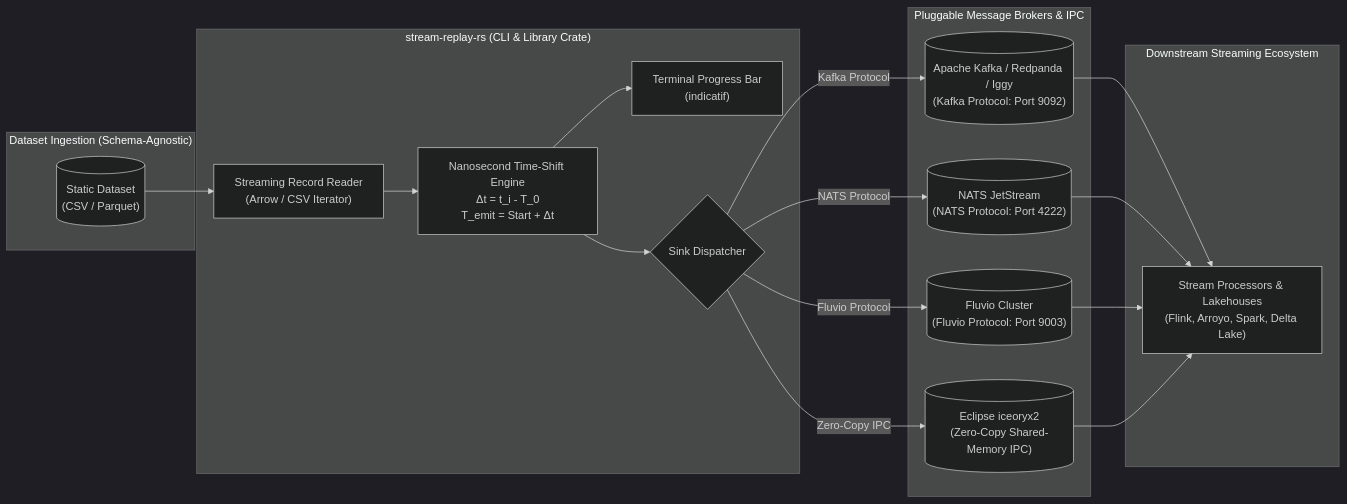
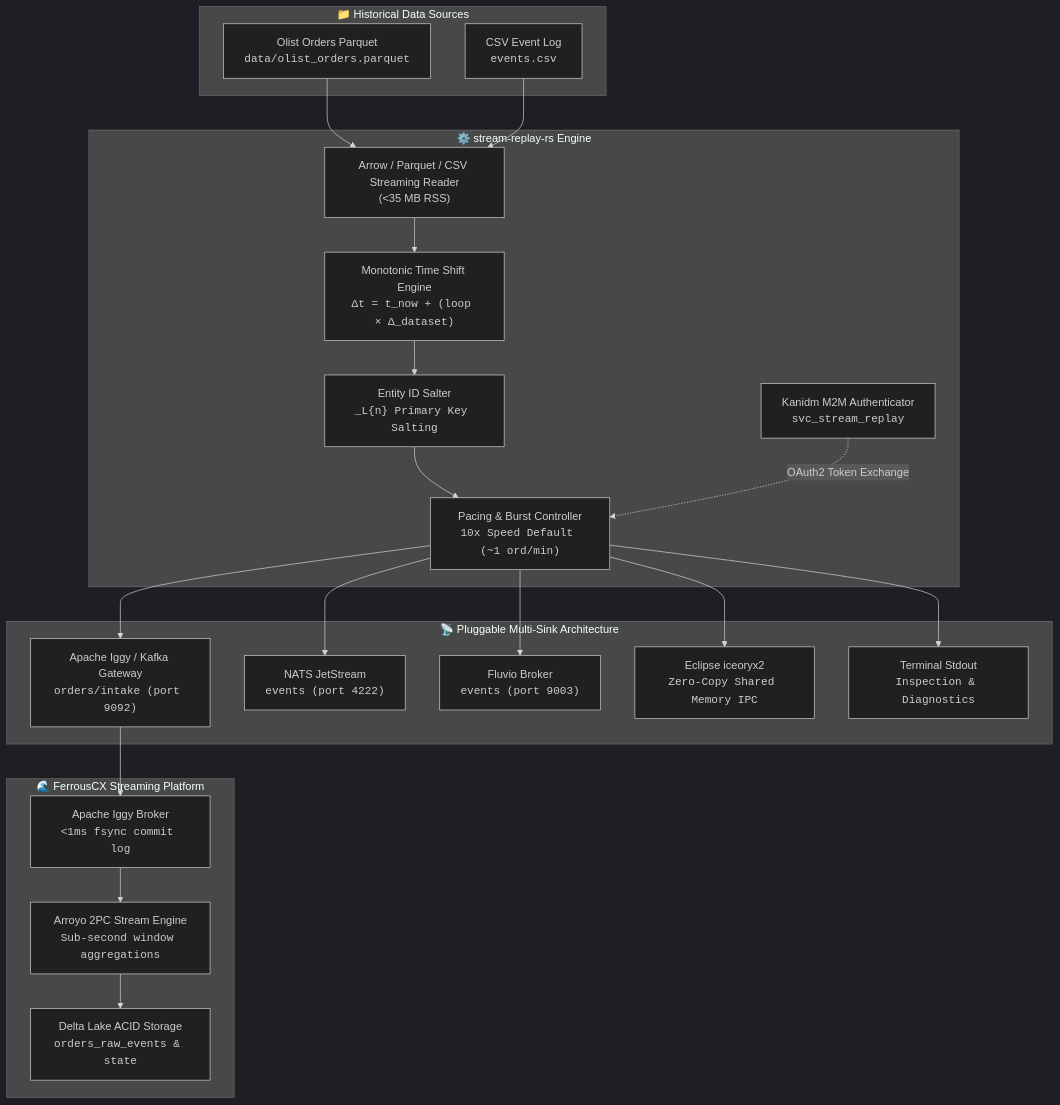
Before and after one commit to reidlai/stream-replay-rs: the diagram in README.md, drawn with Mermaid (dark theme). The commit also changed other lines of this file and 28 other files, not shown here.

Commit message:
feat(stream-replay-rs): implement Tier 1 DevSecOps standards and architecture documentation (Story 4.4)

````diff
--- a/README.md
+++ b/README.md
@@ -21,37 +16,46 @@
 ```mermaid
-flowchart LR
-    subgraph Storage ["Dataset Ingestion (Schema-Agnostic)"]
-        Dataset[("Static Dataset<br/>(CSV / Parquet)")]
+flowchart TD
+    subgraph Data Sources ["📁 Historical Data Sources"]
+        Parquet["Olist Orders Parquet<br/><code>data/olist_orders.parquet</code>"]
+        CSV["CSV Event Log<br/><code>events.csv</code>"]
     end
 
-    subgraph Engine ["stream-replay-rs (CLI & Library Crate)"]
-        Reader["Streaming Record Reader<br/>(Arrow / CSV Iterator)"]
-        TimeEngine["Nanosecond Time-Shift Engine<br/>Δt = t_i - T_0<br/>T_emit = Start + Δt"]
-        ProgressBar["Terminal Progress Bar<br/>(indicatif)"]
-        Dispatcher{"Sink Dispatcher"}
+    subgraph Core Engine ["⚙️ stream-replay-rs Engine"]
+        Reader["Arrow / Parquet / CSV Streaming Reader<br/>(&lt;35 MB RSS)"]
+        TimeEngine["Monotonic Time Shift Engine<br/><code>Δt = t_now + (loop × Δ_dataset)</code>"]
+        Salter["Entity ID Salter<br/><code>_L{n} Primary Key Salting</code>"]
+        RatePacer["Pacing &amp; Burst Controller<br/><code>10x Speed Default (~1 ord/min)</code>"]
+        Auth["Kanidm M2M Authenticator<br/><code>svc_stream_replay</code>"]
     end
 
-    subgraph Sinks ["Pluggable Message Brokers & IPC"]
-        Kafka[("Apache Kafka / Redpanda / Iggy<br/>(Kafka Protocol: Port 9092)")]
-        NATS[("NATS JetStream<br/>(NATS Protocol: Port 4222)")]
-        Fluvio[("Fluvio Cluster<br/>(Fluvio Protocol: Port 9003)")]
-        Iceoryx2[("Eclipse iceoryx2<br/>(Zero-Copy Shared-Memory IPC)")]
+    subgraph Pluggable Sinks ["📡 Pluggable Multi-Sink Architecture"]
+        KafkaSink["Apache Iggy / Kafka Gateway<br/><code>orders/intake (port 9092)</code>"]
+        NATSSink["NATS JetStream<br/><code>events (port 4222)</code>"]
+        FluvioSink["Fluvio Broker<br/><code>events (port 9003)</code>"]
+        IceoryxSink["Eclipse iceoryx2<br/><code>Zero-Copy Shared Memory IPC</code>"]
+        StdoutSink["Terminal Stdout<br/><code>Inspection &amp; Diagnostics</code>"]
     end
 
-    subgraph Consumers ["Downstream Streaming Ecosystem"]
-        ConsumersGroup["Stream Processors & Lakehouses<br/>(Flink, Arroyo, Spark, Delta Lake)"]
+    subgraph Downstream Ecosystem ["🌊 FerrousCX Streaming Platform"]
+        IggyBroker["Apache Iggy Broker<br/><code>&lt;1ms fsync commit log</code>"]
+        Arroyo["Arroyo 2PC Stream Engine<br/><code>Sub-second window aggregations</code>"]
+        DeltaLake["Delta Lake ACID Storage<br/><code>orders_raw_events &amp; state</code>"]
     end
 
-    Dataset --> Reader
+    Parquet --> Reader
+    CSV --> Reader
     Reader --> TimeEngine
-    TimeEngine --> ProgressBar
-    TimeEngine --> Dispatcher
-    Dispatcher -->|Kafka Protocol| Kafka
-    Dispatcher -->|NATS Protocol| NATS
-    Dispatcher -->|Fluvio Protocol| Fluvio
-    Dispatcher -->|Zero-Copy IPC| Iceoryx2
-    Kafka --> ConsumersGroup
-    NATS --> ConsumersGroup
-    Fluvio --> ConsumersGroup
-    Iceoryx2 --> ConsumersGroup
+    TimeEngine --> Salter
+    Salter --> RatePacer
+    Auth -.->|"OAuth2 Token Exchange"| RatePacer
+
+    RatePacer --> KafkaSink
+    RatePacer --> NATSSink
+    RatePacer --> FluvioSink
+    RatePacer --> IceoryxSink
+    RatePacer --> StdoutSink
+
+    KafkaSink --> IggyBroker
+    IggyBroker --> Arroyo
+    Arroyo --> DeltaLake
 ```
````
